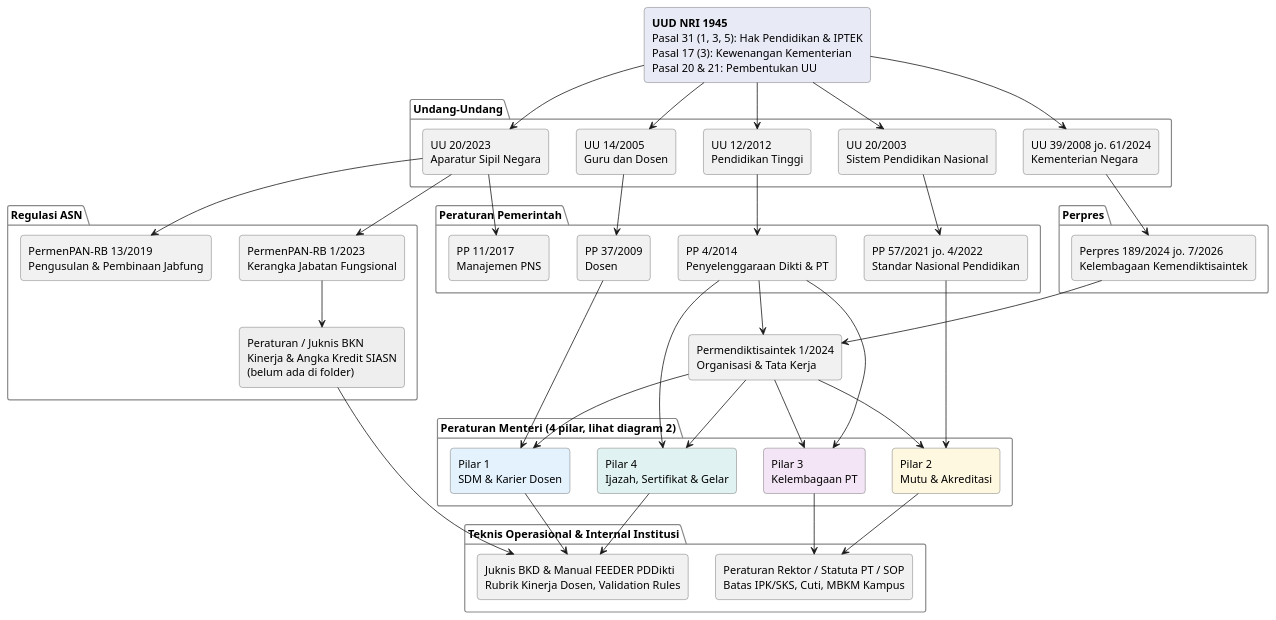
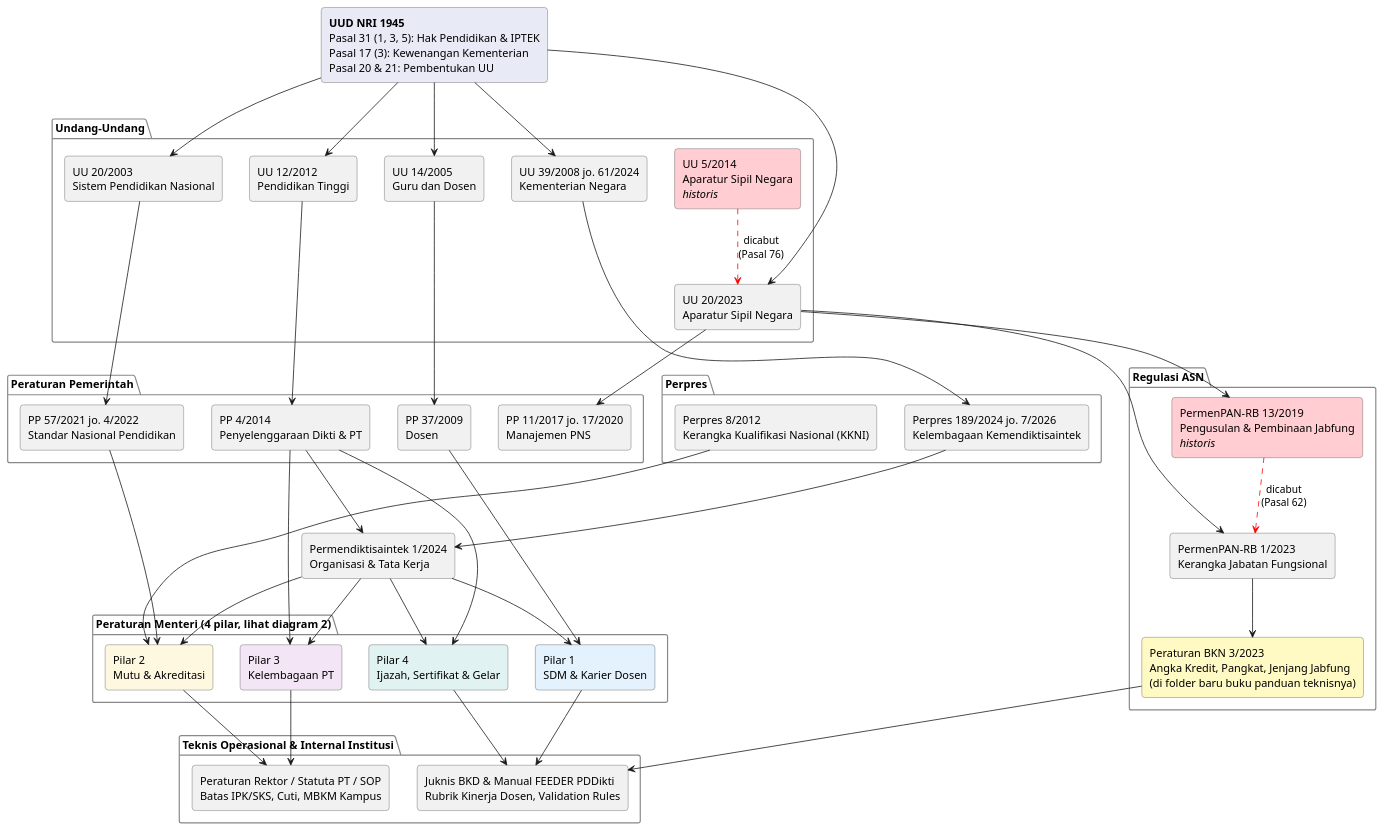
The first of 3 diagrams in desertation/knowledge_base.md (bendo01/xsia_xarx), drawn with PlantUML before and after one commit. The commit also changed other lines of this file and 23 other files, not shown here.

```diff
--- a/desertation/knowledge_base.md
+++ b/desertation/knowledge_base.md
@@ -33,6 +33,7 @@
   rectangle "UU 14/2005\nGuru dan Dosen" as UU2005
   rectangle "UU 12/2012\nPendidikan Tinggi" as UU2012
   rectangle "UU 39/2008 jo. 61/2024\nKementerian Negara" as UU2008
+  rectangle "UU 5/2014\nAparatur Sipil Negara\n//historis//" as UU2014 #FFCDD2
   rectangle "UU 20/2023\nAparatur Sipil Negara" as UU2023
 }
 
@@ -40,17 +41,18 @@
   rectangle "PP 57/2021 jo. 4/2022\nStandar Nasional Pendidikan" as PP2021
   rectangle "PP 37/2009\nDosen" as PP2009
   rectangle "PP 4/2014\nPenyelenggaraan Dikti & PT" as PP2014
-  rectangle "PP 11/2017\nManajemen PNS" as PP2017
+  rectangle "PP 11/2017 jo. 17/2020\nManajemen PNS" as PP2017
 }
 
 package "Perpres" {
+  rectangle "Perpres 8/2012\nKerangka Kualifikasi Nasional (KKNI)" as KKNI
   rectangle "Perpres 189/2024 jo. 7/2026\nKelembagaan Kemendiktisaintek" as PERPRES
 }
 
 package "Regulasi ASN" {
-  rectangle "PermenPAN-RB 13/2019\nPengusulan & Pembinaan Jabfung" as PAN13
+  rectangle "PermenPAN-RB 13/2019\nPengusulan & Pembinaan Jabfung\n//historis//" as PAN13 #FFCDD2
   rectangle "PermenPAN-RB 1/2023\nKerangka Jabatan Fungsional" as PAN1
-  rectangle "Peraturan / Juknis BKN\nKinerja & Angka Kredit SIASN\n(belum ada di folder)" as BKN #EEEEEE
+  rectangle "Peraturan BKN 3/2023\nAngka Kredit, Pangkat, Jenjang Jabfung\n(di folder baru buku panduan teknisnya)" as BKN #FFF9C4
 }
 
 rectangle "Permendiktisaintek 1/2024\nOrganisasi & Tata Kerja" as ORG
@@ -72,6 +74,7 @@
 UUD --> UU2012
 UUD --> UU2008
 UUD --> UU2023
+UU2014 -[#red,dashed]-> UU2023 : dicabut\n(Pasal 76)
 
 UU2003 --> PP2021
 UU2005 --> PP2009
@@ -79,9 +82,11 @@
 UU2008 --> PERPRES
 UU2023 --> PP2017
 UU2023 --> PAN13
+PAN13 -[#red,dashed]-> PAN1 : dicabut\n(Pasal 62)
 UU2023 --> PAN1
 PAN1 --> BKN
 
+KKNI --> PIL2
 PERPRES --> ORG
 PP2014 --> ORG
 ORG --> PIL1
```
